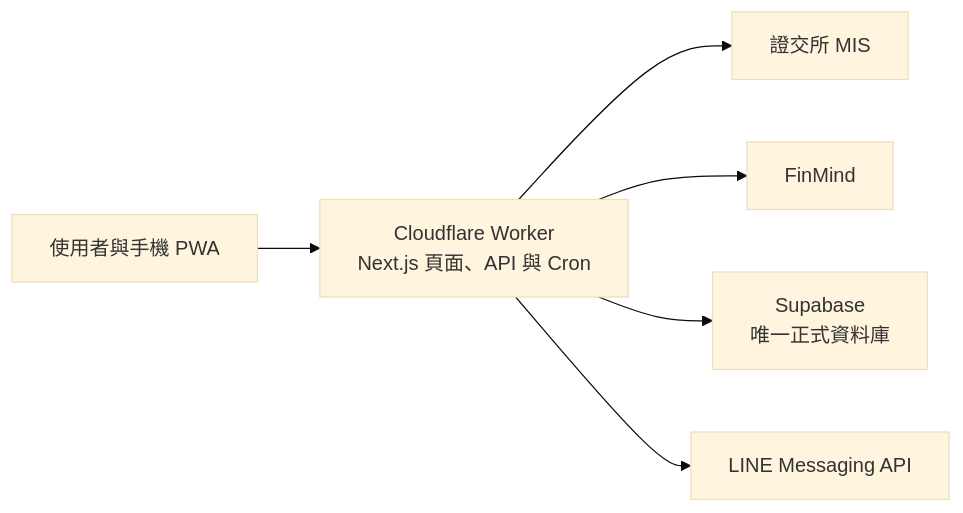
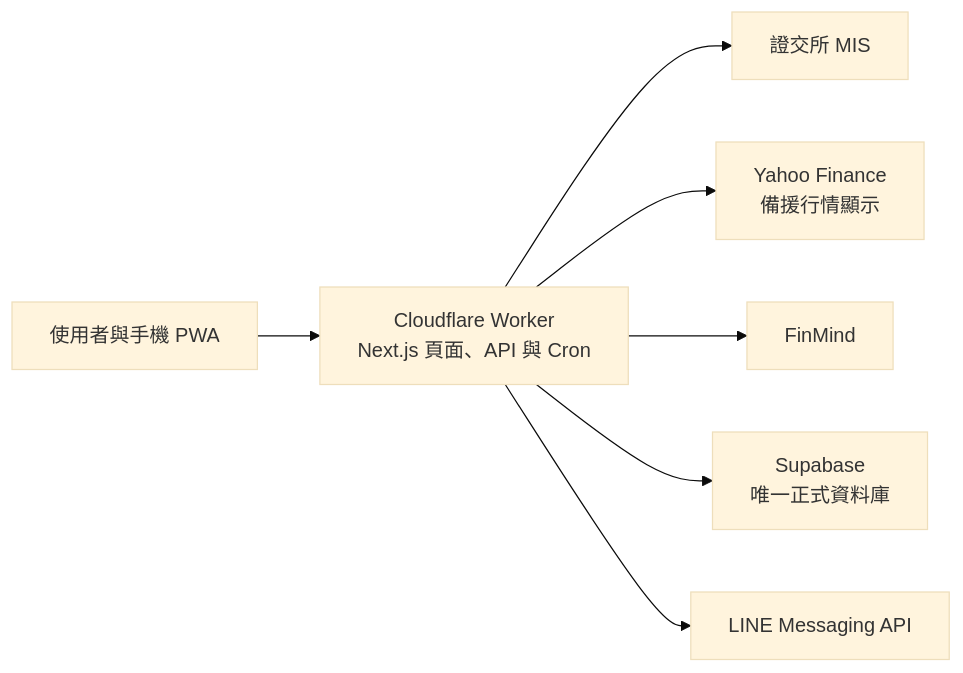
The diagram in README.md (jack926509/Taiwan-stock-tracker), drawn with Mermaid (base theme) before and after one commit. The commit also changed other lines of this file and 33 other files, not shown here.

````diff
--- a/README.md
+++ b/README.md
@@ -46,8 +51,9 @@
 ```mermaid
 flowchart LR
     U["使用者與手機 PWA"] --> CF["Cloudflare Worker<br/>Next.js 頁面、API 與 Cron"]
     CF --> TWSE["證交所 MIS"]
+    CF --> YF["Yahoo Finance<br/>備援行情顯示"]
     CF --> FM["FinMind"]
     CF --> SB["Supabase<br/>唯一正式資料庫"]
     CF --> LINE["LINE Messaging API"]
 ```
````
